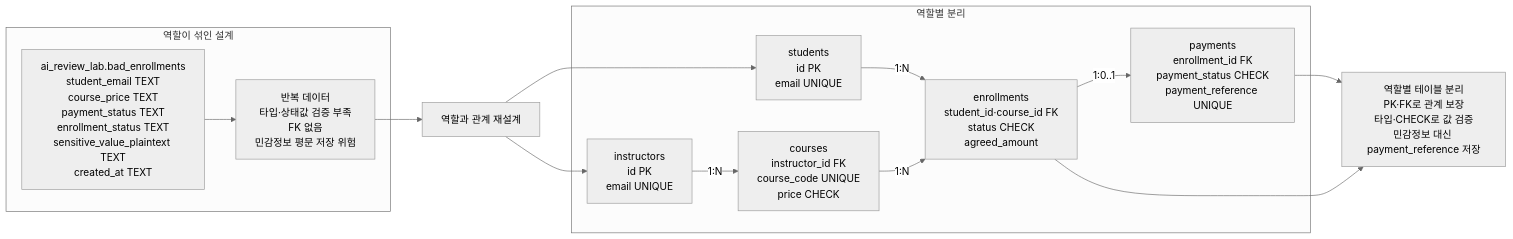
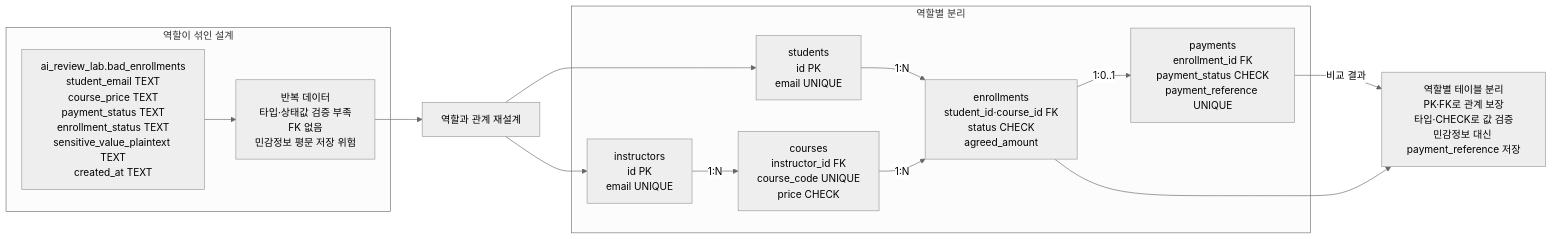
The diagram in images/chapter13/ch13_05_bad_vs_good_design.mmd (GilbertMoon/ai-database-book), drawn with Mermaid (neutral theme) before and after one commit.

Commit message:
Label Chapter 13 Mermaid comparison result

```diff
--- a/images/chapter13/ch13_05_bad_vs_good_design.mmd
+++ b/images/chapter13/ch13_05_bad_vs_good_design.mmd
@@ -1,26 +1,26 @@
 flowchart LR
     subgraph BAD[역할이 섞인 설계]
         BAD_TABLE["ai_review_lab.bad_enrollments<br/>student_email TEXT<br/>course_price TEXT<br/>payment_status TEXT<br/>enrollment_status TEXT<br/>sensitive_value_plaintext TEXT<br/>created_at TEXT"]
         BAD_RISK["반복 데이터<br/>타입·상태값 검증 부족<br/>FK 없음<br/>민감정보 평문 저장 위험"]
         BAD_TABLE --> BAD_RISK
     end
 
     BAD_RISK --> REDESIGN["역할과 관계 재설계"]
 
     subgraph GOOD[역할별 분리]
         STUDENTS["students<br/>id PK<br/>email UNIQUE"]
         INSTRUCTORS["instructors<br/>id PK<br/>email UNIQUE"]
         COURSES["courses<br/>instructor_id FK<br/>course_code UNIQUE<br/>price CHECK"]
         ENROLLMENTS["enrollments<br/>student_id·course_id FK<br/>status CHECK<br/>agreed_amount"]
         PAYMENTS["payments<br/>enrollment_id FK<br/>payment_status CHECK<br/>payment_reference UNIQUE"]
 
         INSTRUCTORS -->|1:N| COURSES
         STUDENTS -->|1:N| ENROLLMENTS
         COURSES -->|1:N| ENROLLMENTS
         ENROLLMENTS -->|1:0..1| PAYMENTS
     end
 
     REDESIGN --> STUDENTS
     REDESIGN --> INSTRUCTORS
-    PAYMENTS --> RESULT["역할별 테이블 분리<br/>PK·FK로 관계 보장<br/>타입·CHECK로 값 검증<br/>민감정보 대신 payment_reference 저장"]
+    PAYMENTS -->|비교 결과| RESULT["역할별 테이블 분리<br/>PK·FK로 관계 보장<br/>타입·CHECK로 값 검증<br/>민감정보 대신 payment_reference 저장"]
     ENROLLMENTS --> RESULT
```
